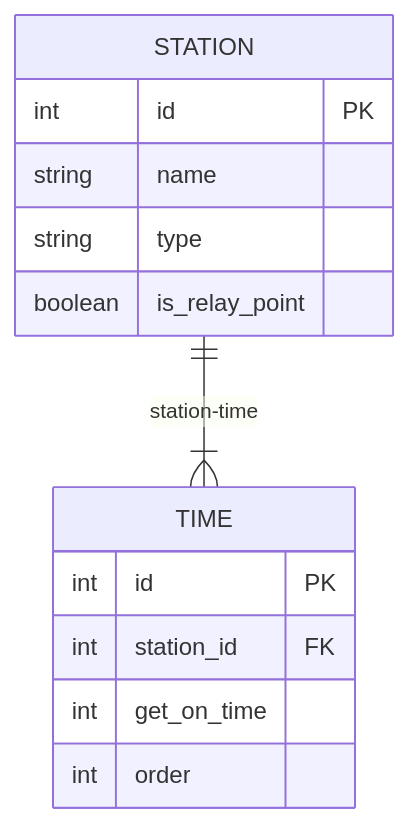
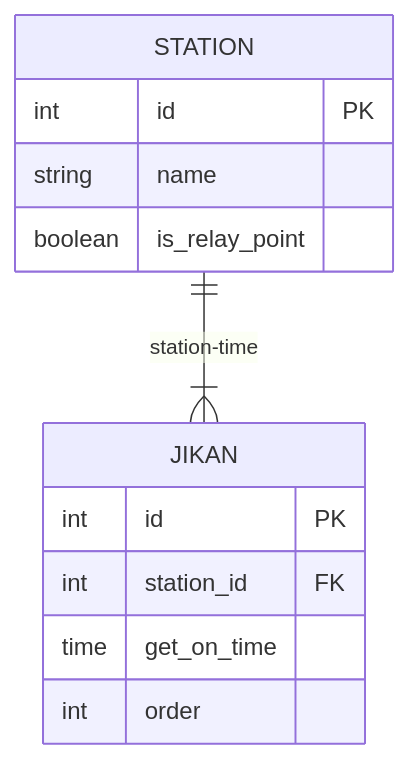
Before and after one commit to taiseifukushi/kbus_timetable: the second of 2 diagrams in doc/diagram.md, drawn with Mermaid. The commit also changed 9 other files, not shown here.

````diff
--- a/doc/diagram.md
+++ b/doc/diagram.md
@@ -31,16 +31,15 @@
 ```mermaid
 erDiagram
-    STATION ||--|{ TIME: station-time
+    STATION ||--|{ JIKAN: station-time
     STATION {
         int id PK
         string name
-        string type
         boolean is_relay_point
     }
-    TIME {
+    JIKAN {
         int id PK
         int station_id FK
-        int get_on_time
+        time get_on_time
         int order
     }
 ```
````
